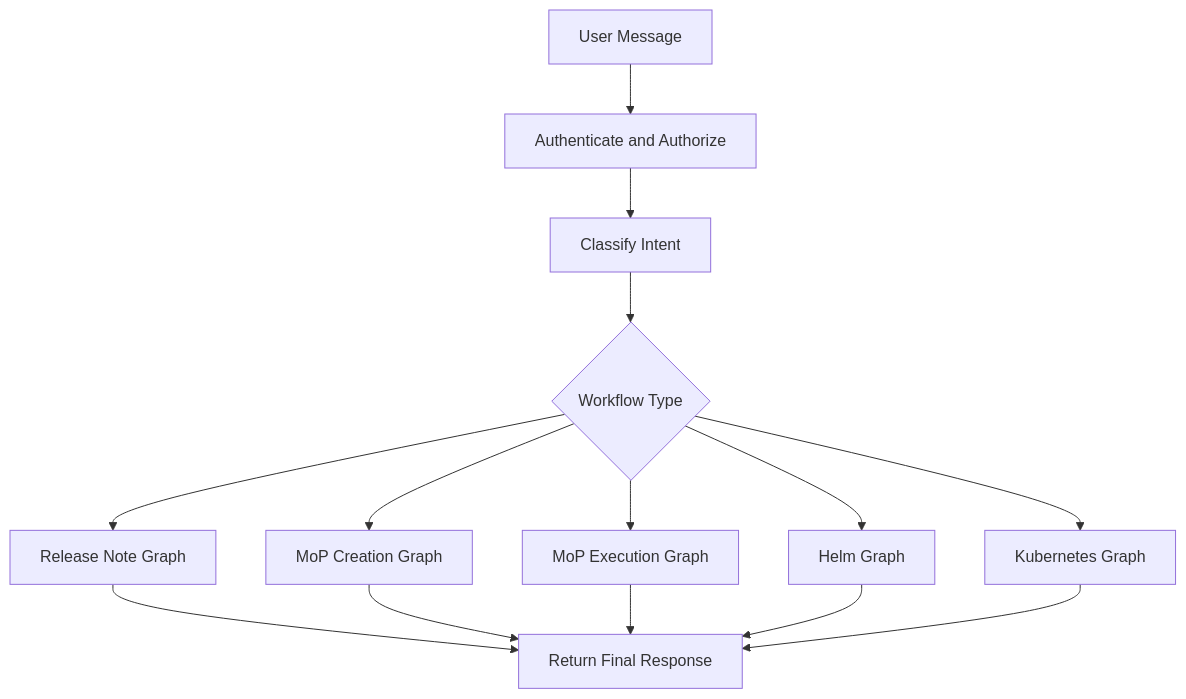
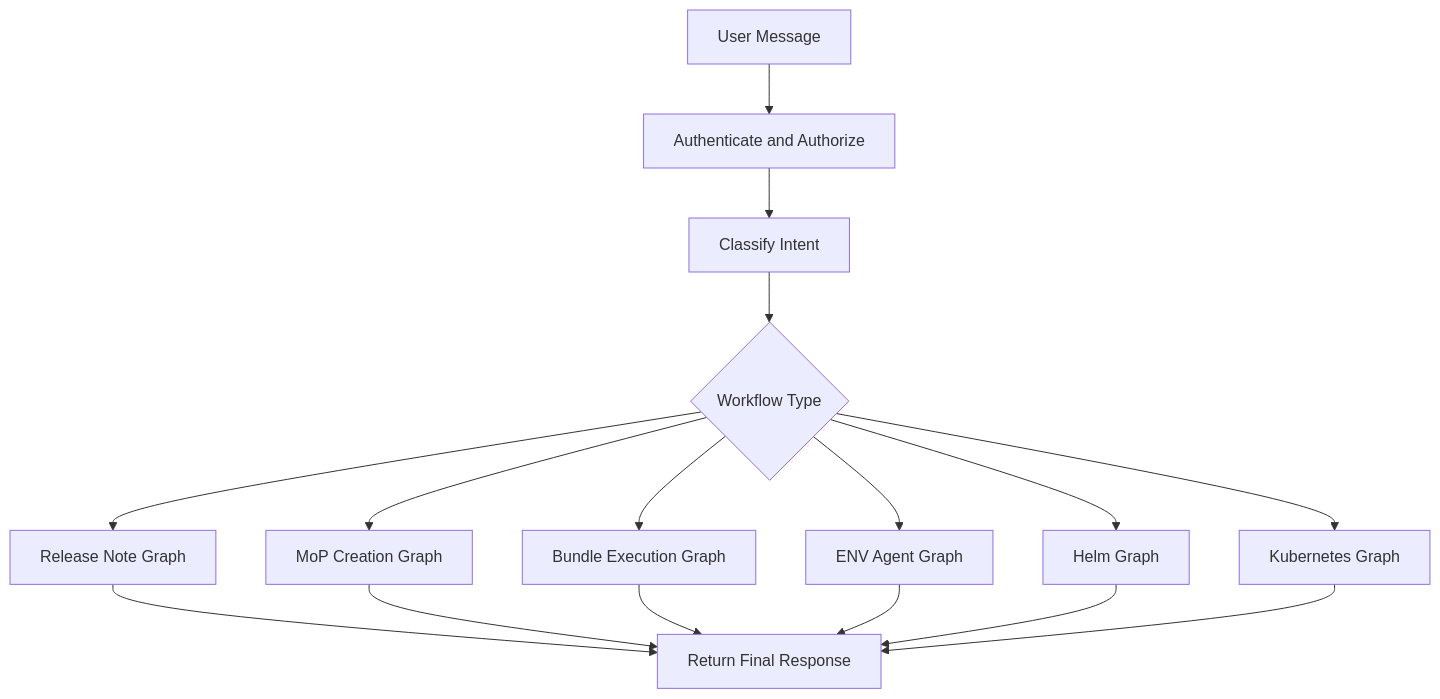
One commit to aveeshek/bosgenesis-esda changed the second of 4 diagrams in knowledge-base/project_architecture_specification.md. Above: the diagram before and after it, drawn with Mermaid. The commit also changed other lines of this file and 28 other files, not shown here.

````diff
--- a/knowledge-base/project_architecture_specification.md
+++ b/knowledge-base/project_architecture_specification.md
@@ -573,16 +620,18 @@
 ```mermaid
 flowchart TD
     A[User Message] --> B[Authenticate and Authorize]
     B --> C[Classify Intent]
     C --> D{Workflow Type}
     D --> RN[Release Note Graph]
     D --> MC[MoP Creation Graph]
-    D --> ME[MoP Execution Graph]
+    D --> ME[Bundle Execution Graph]
+    D --> ENV[ENV Agent Graph]
     D --> HELM[Helm Graph]
     D --> K8S[Kubernetes Graph]
     RN --> R[Return Final Response]
     MC --> R
     ME --> R
+    ENV --> R
     HELM --> R
     K8S --> R
 ```
````
